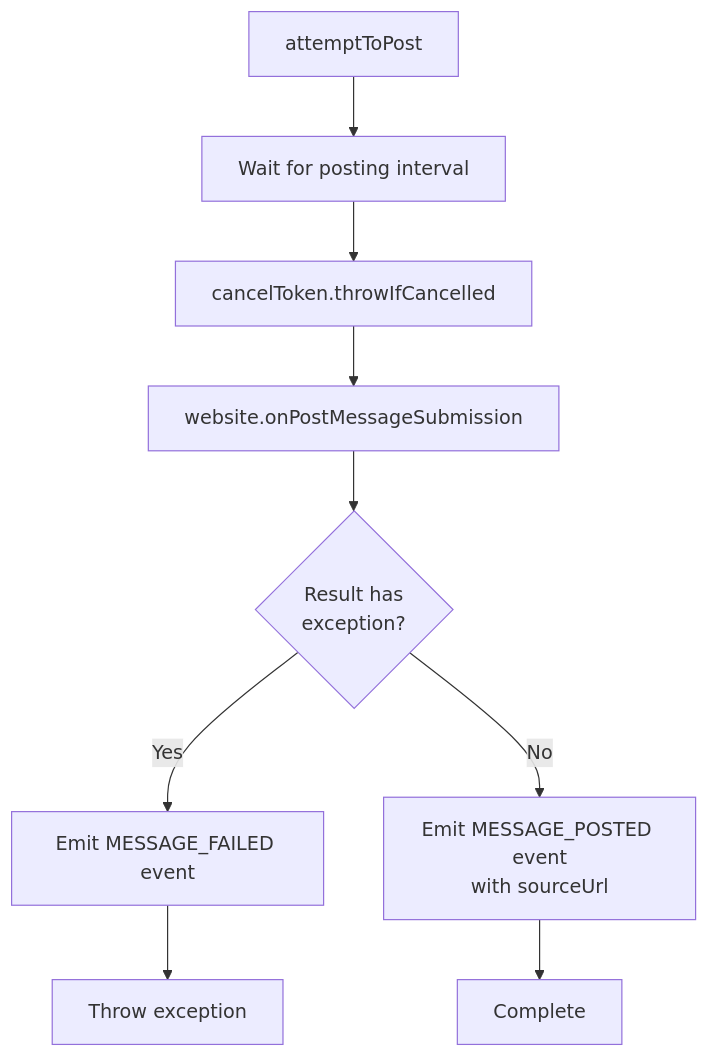
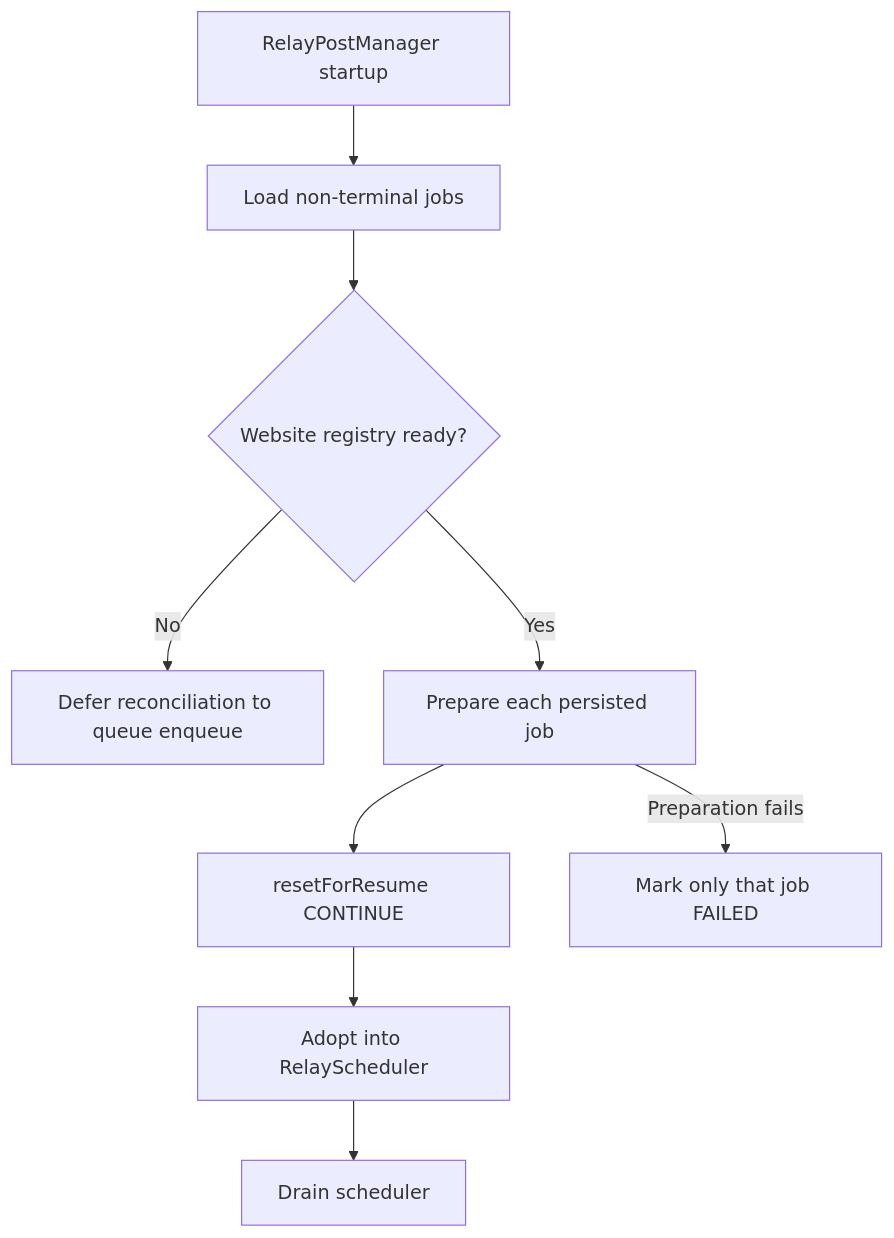
The fourth of 4 diagrams in docs/POST_QUEUE_FLOWS.md (mvdicarlo/postybirb), drawn with Mermaid before and after one commit. The commit also changed other lines of this file and 18 other files, not shown here.

````diff
--- a/docs/POST_QUEUE_FLOWS.md
+++ b/docs/POST_QUEUE_FLOWS.md
@@ -234,15 +103,11 @@
 ```mermaid
 flowchart TD
-    A[attemptToPost] --> B[Wait for posting interval]
-    B --> C[cancelToken.throwIfCancelled]
-
-    C --> D[website.onPostMessageSubmission]
-
-    D --> E{Result has<br/>exception?}
-
-    E -->|Yes| F[Emit MESSAGE_FAILED event]
-    F --> G[Throw exception]
-
-    E -->|No| H[Emit MESSAGE_POSTED event<br/>with sourceUrl]
-    H --> I[Complete]
+    A[RelayPostManager startup] --> B[Load non-terminal jobs]
+    B --> C{Website registry ready?}
+    C -->|No| D[Defer reconciliation to queue enqueue]
+    C -->|Yes| E[Prepare each persisted job]
+    E --> F[resetForResume CONTINUE]
+    F --> G[Adopt into RelayScheduler]
+    G --> H[Drain scheduler]
+    E -->|Preparation fails| I[Mark only that job FAILED]
 ```
````
